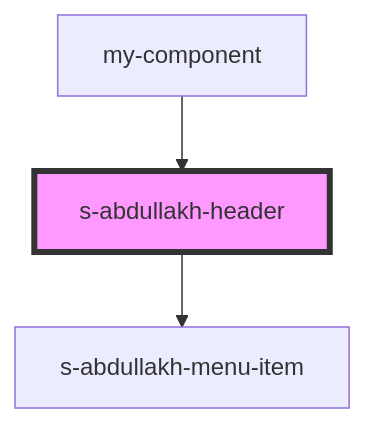
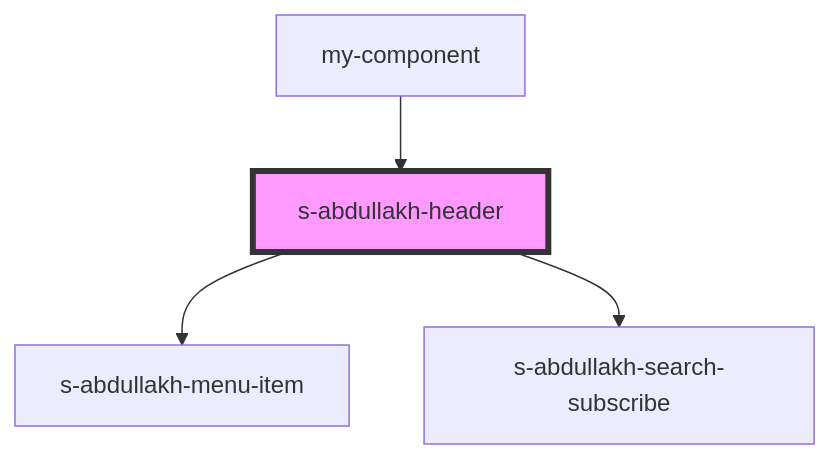
The diagram in src/components/res/view/s-abdullakh-header/readme.md (Wokh-Dada/wibbitz-stencil), drawn with Mermaid before and after one commit. The commit also changed other lines of this file and 20 other files, not shown here.

````diff
--- a/src/components/res/view/s-abdullakh-header/readme.md
+++ b/src/components/res/view/s-abdullakh-header/readme.md
@@ -38,6 +39,7 @@
 ```mermaid
 graph TD;
   s-abdullakh-header --> s-abdullakh-menu-item
+  s-abdullakh-header --> s-abdullakh-search-subscribe
   my-component --> s-abdullakh-header
   style s-abdullakh-header fill:#f9f,stroke:#333,stroke-width:4px
 ```
````
